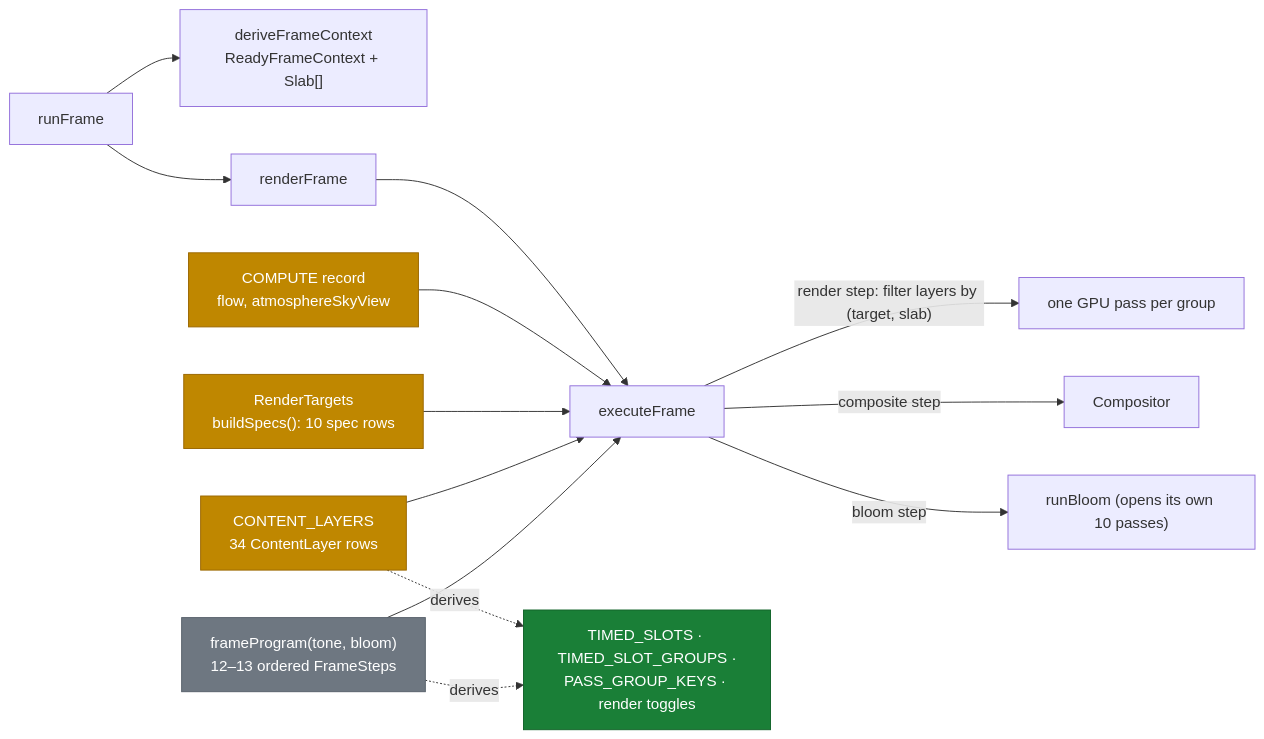
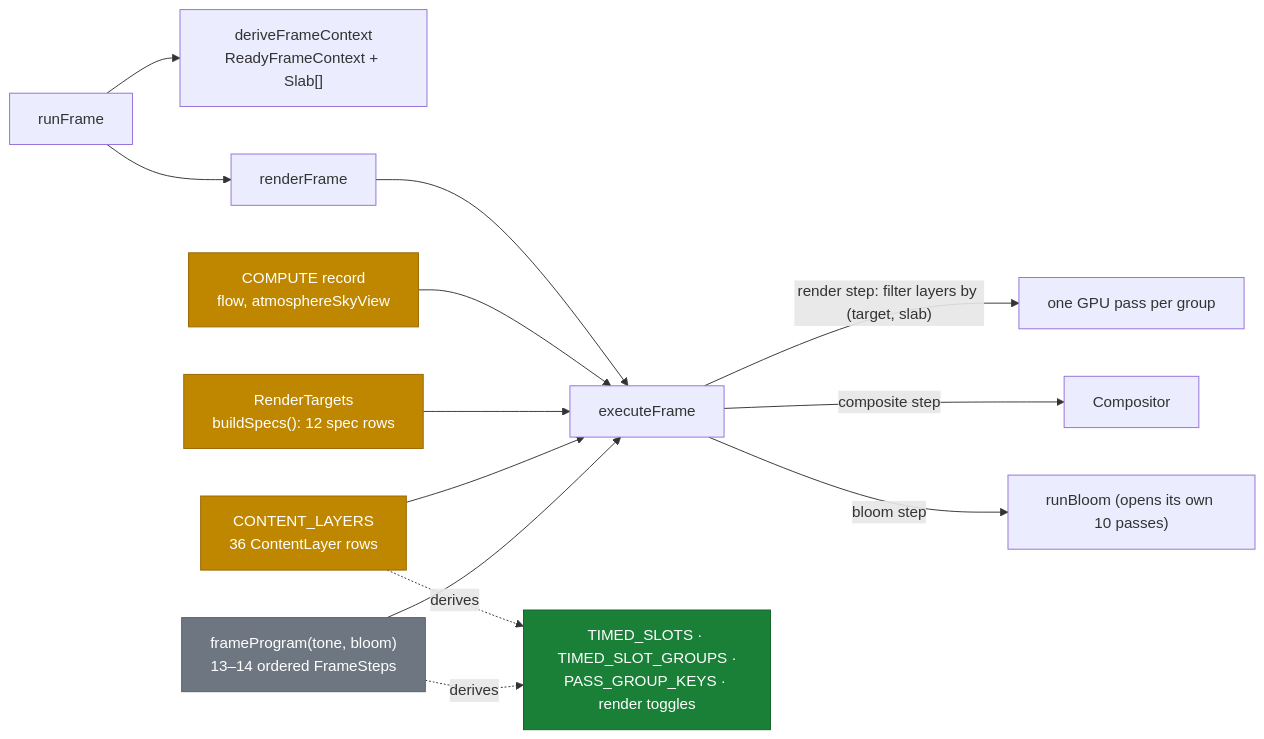
The second of 5 diagrams in docs/research/engine/current-contracts-map.md (rulkens/skymap), drawn with Mermaid before and after one commit. The commit also changed other lines of this file and 3 other files, not shown here.

````diff
--- a/docs/research/engine/current-contracts-map.md
+++ b/docs/research/engine/current-contracts-map.md
@@ -56,21 +56,21 @@
 ```mermaid
 flowchart LR
     RF["runFrame"] --> CTX["deriveFrameContext<br/>ReadyFrameContext + Slab[]"]
     RF --> RD["renderFrame"]
-    FP["frameProgram(tone, bloom)<br/>12–13 ordered FrameSteps"] --> EX["executeFrame"]
-    CL["CONTENT_LAYERS<br/>34 ContentLayer rows"] --> EX
-    RT["RenderTargets<br/>buildSpecs(): 10 spec rows"] --> EX
+    FP["frameProgram(tone, bloom)<br/>13–14 ordered FrameSteps"] --> EX["executeFrame"]
+    CL["CONTENT_LAYERS<br/>36 ContentLayer rows"] --> EX
+    RT["RenderTargets<br/>buildSpecs(): 12 spec rows"] --> EX
     CR["COMPUTE record<br/>flow, atmosphereSkyView"] --> EX
     RD --> EX
     EX -->|"render step: filter layers by (target, slab)"| PASS["one GPU pass per group"]
     EX -->|"composite step"| CMP["Compositor"]
     EX -->|"bloom step"| BLM["runBloom (opens its own 10 passes)"]
     FP -.derives.-> TS["TIMED_SLOTS · TIMED_SLOT_GROUPS ·<br/>PASS_GROUP_KEYS · render toggles"]
     CL -.derives.-> TS
     classDef good fill:#1a7f37,stroke:#116329,color:#ffffff
     classDef warn fill:#bf8700,stroke:#9a6700,color:#ffffff
     classDef out fill:#6e7781,stroke:#57606a,color:#ffffff
     class TS good
     class CL,RT,CR warn
     class FP out
 ```
````
